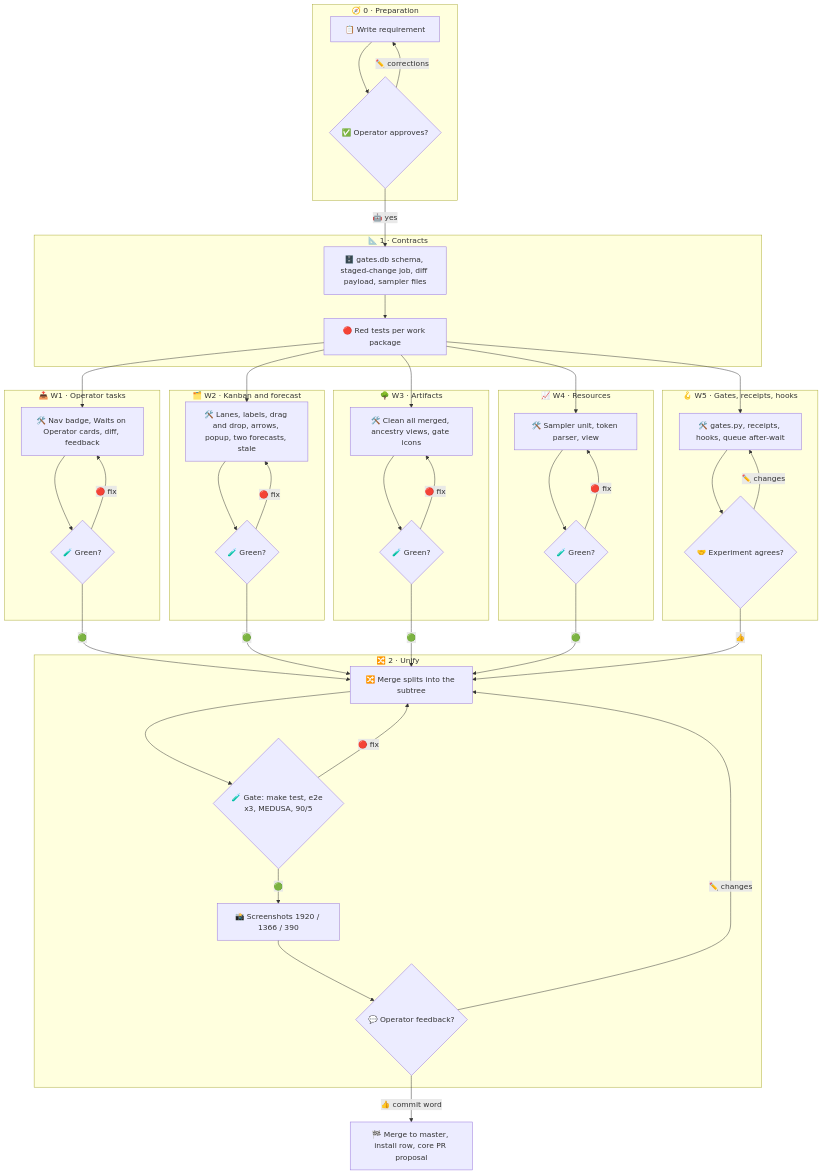
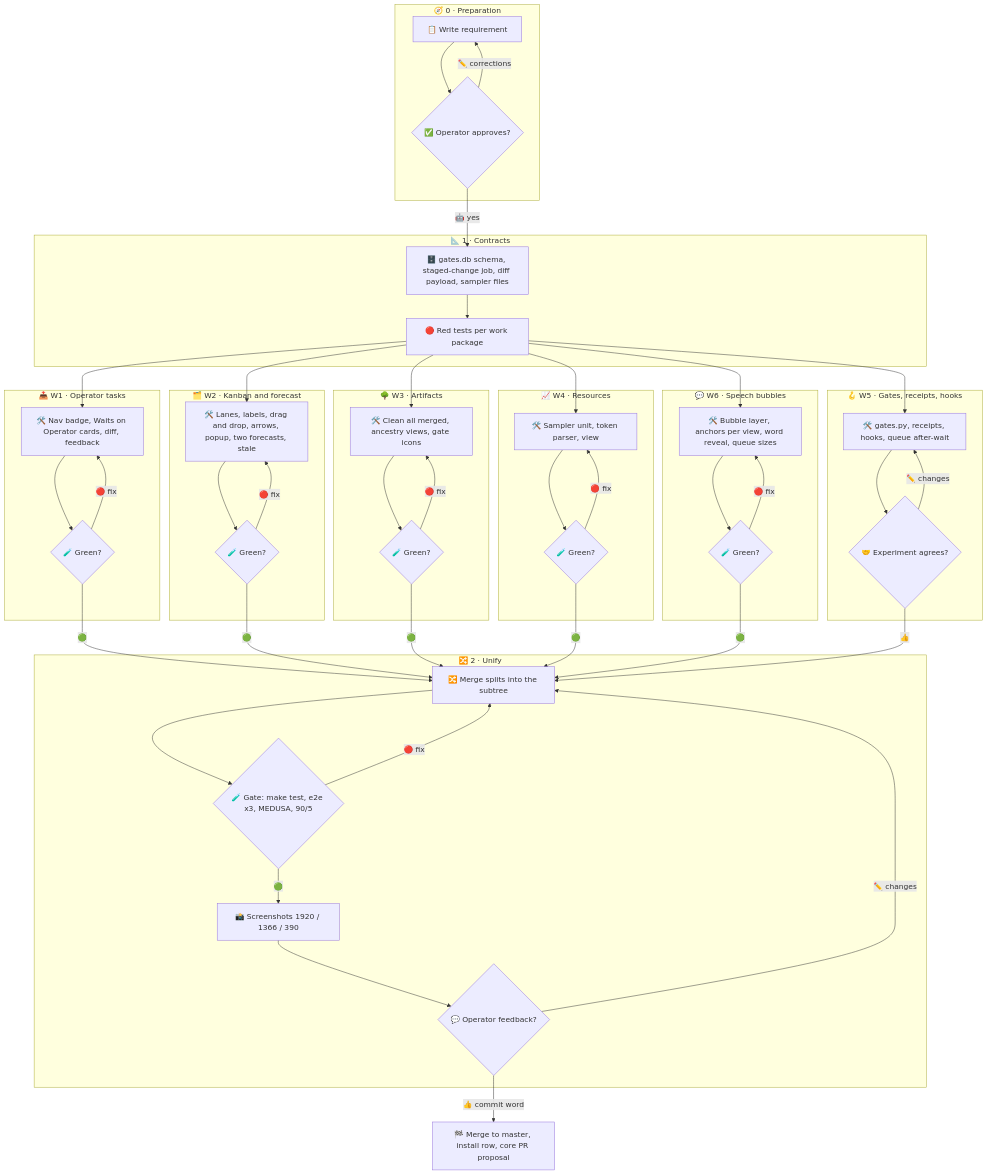
The diagram in docs/requirements/003-operator-workbench.md (kevinveenbirkenbach/skills), drawn with Mermaid before and after one commit. The commit also changed other lines of this file, not shown here.

First line of the commit message:
docs(requirements): 003 W6 speech bubbles

````diff
--- a/docs/requirements/003-operator-workbench.md
+++ b/docs/requirements/003-operator-workbench.md
@@ -88,42 +97,46 @@
 ```mermaid
 flowchart TD
     subgraph P["🧭 0 · Preparation"]
         P1["📋 Write requirement"] --> P2{"✅ Operator approves?"}
         P2 -- "✏️ corrections" --> P1
     end
     P2 -- "🤖 yes" --> C1
     subgraph C["📐 1 · Contracts"]
         C1["🗄️ gates.db schema, staged-change job, diff payload, sampler files"] --> C2["🔴 Red tests per work package"]
     end
-    C2 --> W1A & W2A & W3A & W4A & W5A
+    C2 --> W1A & W2A & W3A & W4A & W5A & W6A
     subgraph W1["📥 W1 · Operator tasks"]
         W1A["🛠️ Nav badge, Waits on Operator cards, diff, feedback"] --> W1B{"🧪 Green?"}
         W1B -- "🔴 fix" --> W1A
     end
     subgraph W2["🗂️ W2 · Kanban and forecast"]
         W2A["🛠️ Lanes, labels, drag and drop, arrows, popup, two forecasts, stale"] --> W2B{"🧪 Green?"}
         W2B -- "🔴 fix" --> W2A
     end
     subgraph W3["🌳 W3 · Artifacts"]
         W3A["🛠️ Clean all merged, ancestry views, gate icons"] --> W3B{"🧪 Green?"}
         W3B -- "🔴 fix" --> W3A
     end
     subgraph W4["📈 W4 · Resources"]
         W4A["🛠️ Sampler unit, token parser, view"] --> W4B{"🧪 Green?"}
         W4B -- "🔴 fix" --> W4A
     end
     subgraph W5["🪝 W5 · Gates, receipts, hooks"]
         W5A["🛠️ gates.py, receipts, hooks, queue after-wait"] --> W5B{"🤝 Experiment agrees?"}
         W5B -- "✏️ changes" --> W5A
     end
-    W1B & W2B & W3B & W4B -- "🟢" --> U1
+    subgraph W6["💬 W6 · Speech bubbles"]
+        W6A["🛠️ Bubble layer, anchors per view, word reveal, queue sizes"] --> W6B{"🧪 Green?"}
+        W6B -- "🔴 fix" --> W6A
+    end
+    W1B & W2B & W3B & W4B & W6B -- "🟢" --> U1
     W5B -- "👍" --> U1
     subgraph U["🔀 2 · Unify"]
         U1["🔀 Merge splits into the subtree"] --> U2{"🧪 Gate: make test, e2e x3, MEDUSA, 90/5"}
         U2 -- "🔴 fix" --> U1
         U2 -- "🟢" --> U3["📸 Screenshots 1920 / 1366 / 390"]
         U3 --> UF{"💬 Operator feedback?"}
         UF -- "✏️ changes" --> U1
     end
     UF -- "👍 commit word" --> D1["🏁 Merge to master, install row, core PR proposal"]
 ```
````
